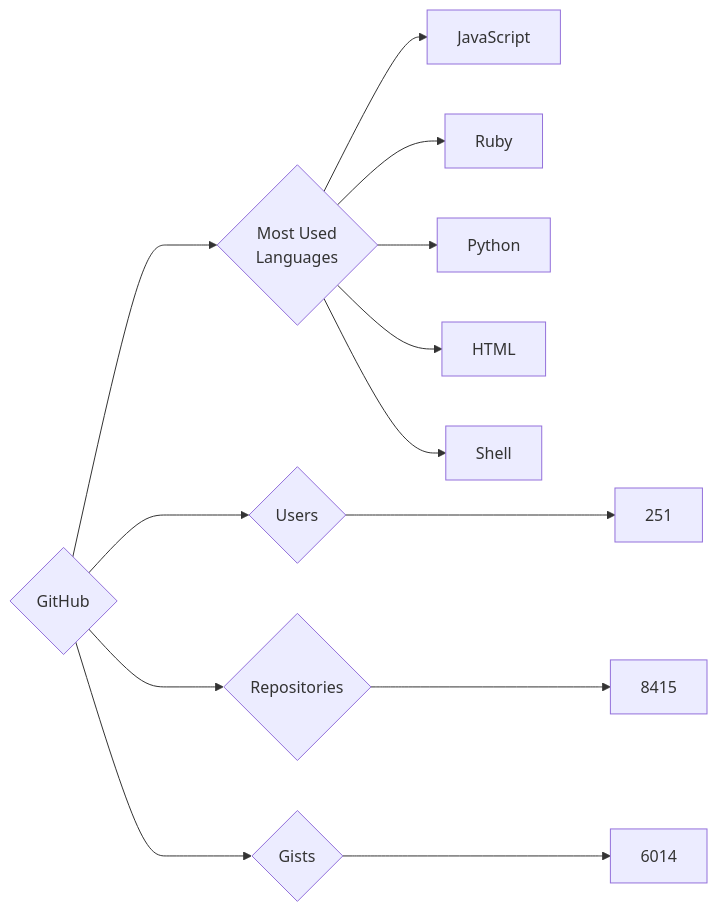
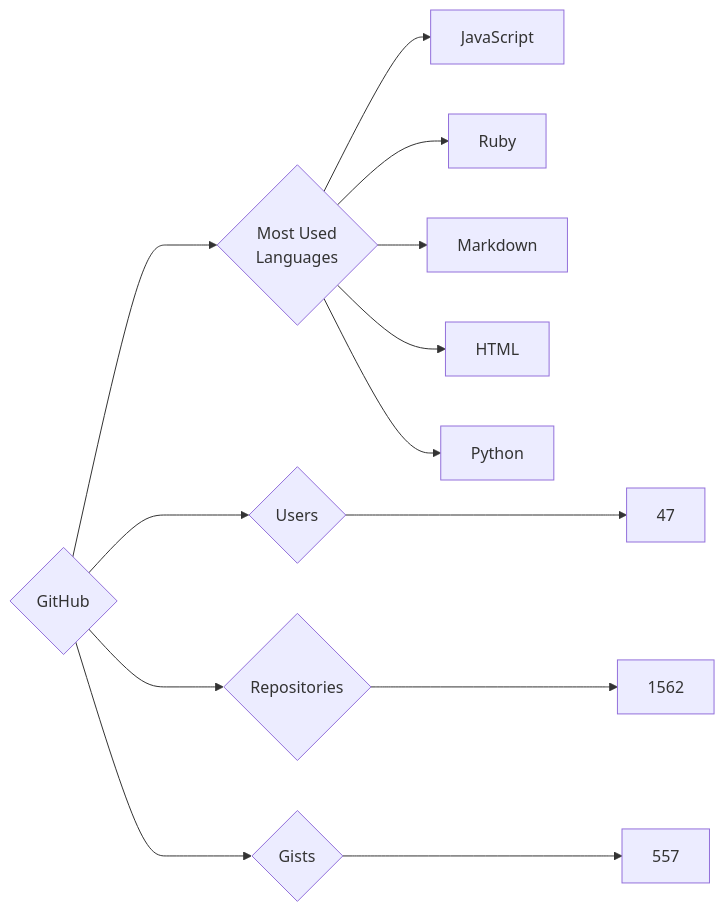
Before and after one commit to trickest/insiders: the diagram in targets/GitHub/README.md, drawn with Mermaid. The commit also changed 757 other files, not shown here.

````diff
--- a/targets/GitHub/README.md
+++ b/targets/GitHub/README.md
@@ -3,13 +3,13 @@
 ```mermaid
 graph LR
 COMPANY_NAME{GitHub}
-COMPANY_NAME ---> U{Users} ---> UN[251]
-COMPANY_NAME ---> R{Repositories} ---> RN[8415]
-COMPANY_NAME ---> G{Gists} ---> GN[6014]
+COMPANY_NAME ---> U{Users} ---> UN[47]
+COMPANY_NAME ---> R{Repositories} ---> RN[1562]
+COMPANY_NAME ---> G{Gists} ---> GN[557]
 COMPANY_NAME ---> ML{Most Used<br>Languages}
 ML --> JavaScript[JavaScript]
 ML --> Ruby[Ruby]
+ML --> Markdown[Markdown]
+ML --> HTML[HTML]
 ML --> Python[Python]
-ML --> HTML[HTML]
-ML --> Shell[Shell]
 ```
````
